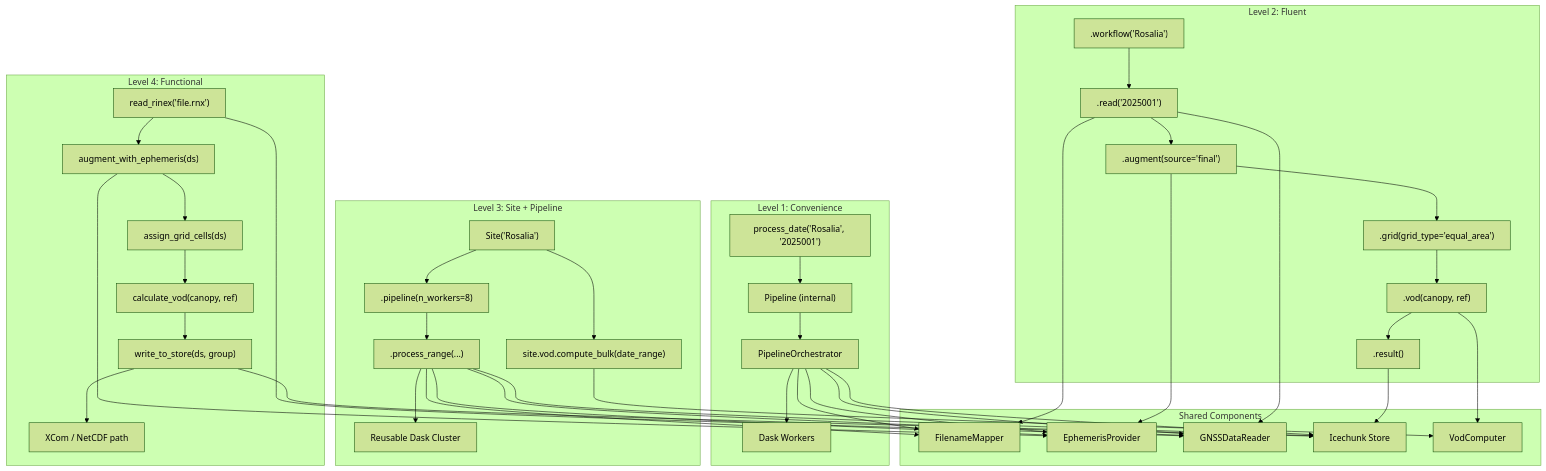
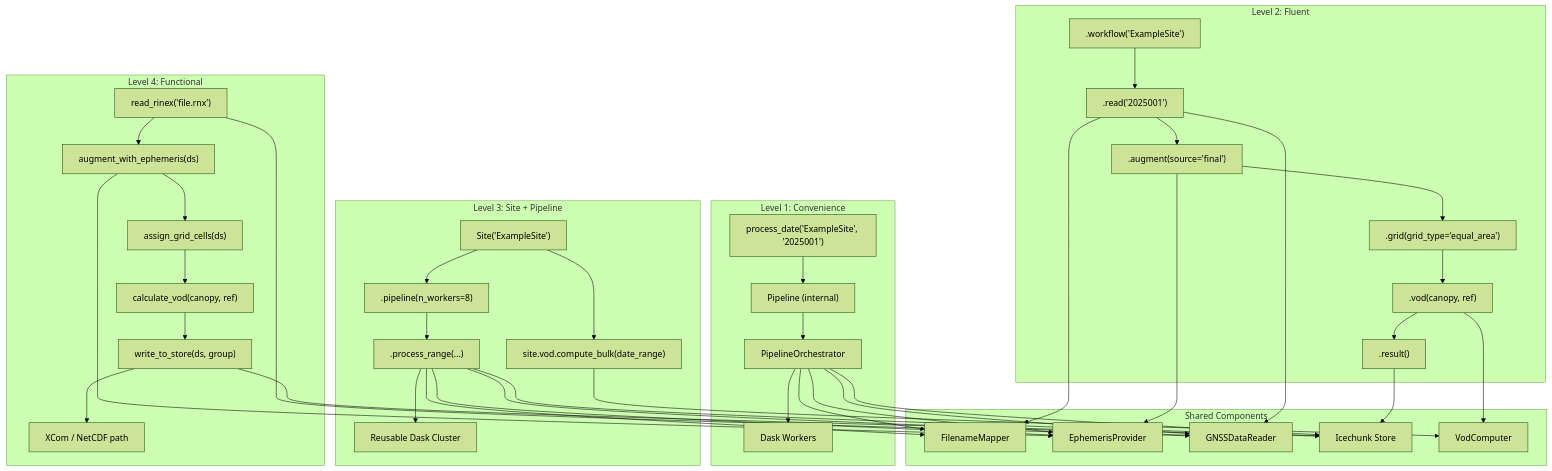
Before and after one commit to nfb2021/canvodpy: the third of 3 diagrams in README.md, drawn with Mermaid (forest theme). The commit also changed other lines of this file and 48 other files, not shown here.

````diff
--- a/README.md
+++ b/README.md
@@ -206,64 +206,64 @@
 ```mermaid
 flowchart TD
     subgraph L1["Level 1: Convenience"]
-        L1A["process_date('Rosalia', '2025001')"]
+        L1A["process_date('ExampleSite', '2025001')"]
         L1A --> L1B["Pipeline (internal)"]
         L1B --> L1C["PipelineOrchestrator"]
         L1C --> L1D["Dask Workers"]
     end
 
     subgraph L2["Level 2: Fluent"]
-        L2A[".workflow('Rosalia')"]
+        L2A[".workflow('ExampleSite')"]
         L2A --> L2B[".read('2025001')"]
         L2B --> L2C[".augment(source='final')"]
         L2C --> L2E[".grid(grid_type='equal_area')"]
         L2E --> L2F[".vod(canopy, ref)"]
         L2F --> L2D[".result()"]
     end
 
     subgraph L3["Level 3: Site + Pipeline"]
-        L3A["Site('Rosalia')"]
+        L3A["Site('ExampleSite')"]
         L3A --> L3B[".pipeline(n_workers=8)"]
         L3B --> L3C[".process_range(...)"]
         L3C --> L3D["Reusable Dask Cluster"]
         L3A --> L3E["site.vod.compute_bulk(date_range)"]
     end
 
     subgraph L4["Level 4: Functional"]
         L4A["read_rinex('file.rnx')"]
         L4A --> L4B["augment_with_ephemeris(ds)"]
         L4B --> L4G["assign_grid_cells(ds)"]
         L4G --> L4C["calculate_vod(canopy, ref)"]
         L4C --> L4H["write_to_store(ds, group)"]
         L4H --> L4D["XCom / NetCDF path"]
     end
 
     subgraph Shared["Shared Components"]
         FM["FilenameMapper"]
         EP["EphemerisProvider"]
         READER["GNSSDataReader"]
         STORE["Icechunk Store"]
         VOD["VodComputer"]
     end
 
     L1C --> FM
     L1C --> EP
     L1C --> READER
     L1C --> STORE
 
     L2B --> FM
     L2B --> READER
     L2C --> EP
     L2F --> VOD
     L2D --> STORE
 
     L3C --> FM
     L3C --> EP
     L3C --> READER
     L3C --> STORE
     L3E --> VOD
 
     L4A --> READER
     L4B --> EP
     L4H --> STORE
 ```
````
